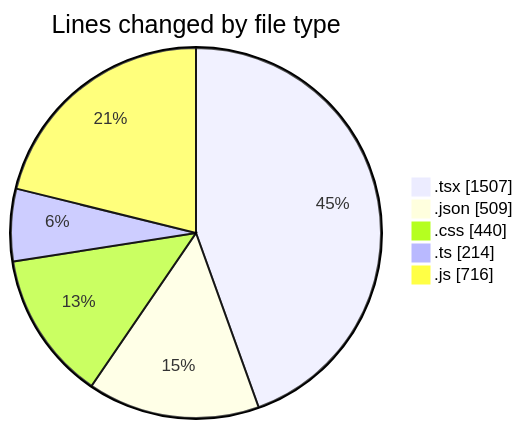
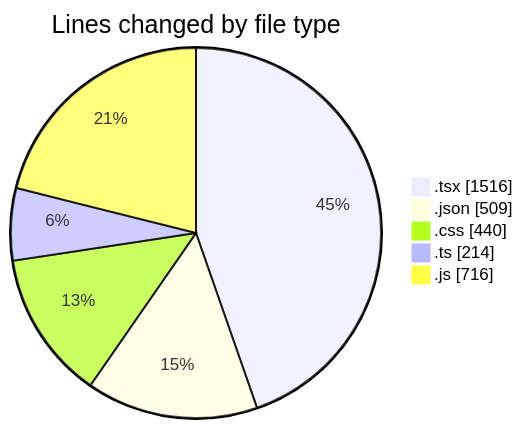
One commit to Elitesun/code-tracking changed the first of 2 diagrams in 2025-05-04/niten/README.md. Above: the diagram before and after it, drawn with Mermaid. The commit also changed other lines of this file and 1 other file, not shown here.

````diff
--- a/2025-05-04/niten/README.md
+++ b/2025-05-04/niten/README.md
@@ -50,9 +50,9 @@
 ```mermaid
 pie showData
 title Lines changed by file type
-".tsx" : 1507
+".tsx" : 1516
 ".json" : 509
 ".css" : 440
 ".ts" : 214
 ".js" : 716
 ```
````
